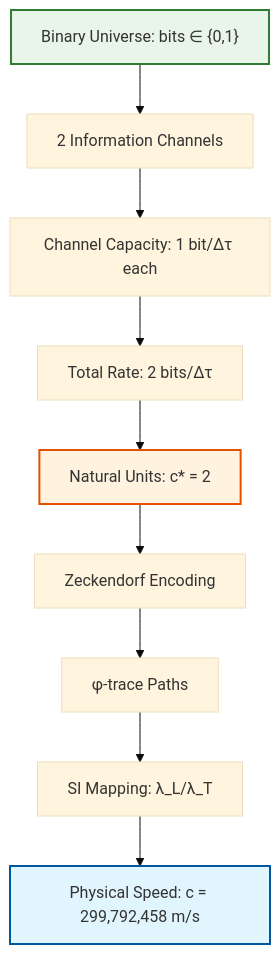
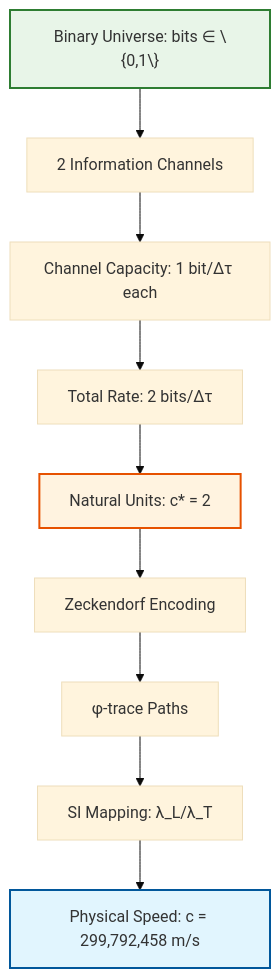
One commit to loning/the-phys changed the first of 2 diagrams in docs/psi-constants/part-01-structural-collapse-limits/chapter-002-phi-trace-collapse-speed-limit.md. Above: the diagram before and after it, drawn with Mermaid (base theme). The commit also changed other lines of this file and 9 other files, not shown here.

````diff
--- a/docs/psi-constants/part-01-structural-collapse-limits/chapter-002-phi-trace-collapse-speed-limit.md
+++ b/docs/psi-constants/part-01-structural-collapse-limits/chapter-002-phi-trace-collapse-speed-limit.md
@@ -102,15 +102,15 @@
 ```mermaid
 graph TD
-    A["Binary Universe: bits ∈ {0,1}"] --> B[2 Information Channels]
+    A["Binary Universe: bits ∈ \{0,1\}"] --> B[2 Information Channels]
     B --> C[Channel Capacity: 1 bit/Δτ each]
     C --> D[Total Rate: 2 bits/Δτ]
     D --> E[Natural Units: c* = 2]
     E --> F[Zeckendorf Encoding]
     F --> G[φ-trace Paths]
     G --> H[SI Mapping: λ_L/λ_T]
     H --> I[Physical Speed: c = 299,792,458 m/s]
     
     style A fill:#e8f5e8,stroke:#2e7d32,stroke-width:2px
     style E fill:#fff3e0,stroke:#e65100,stroke-width:2px
     style I fill:#e1f5fe,stroke:#01579b,stroke-width:2px
 ```
````
